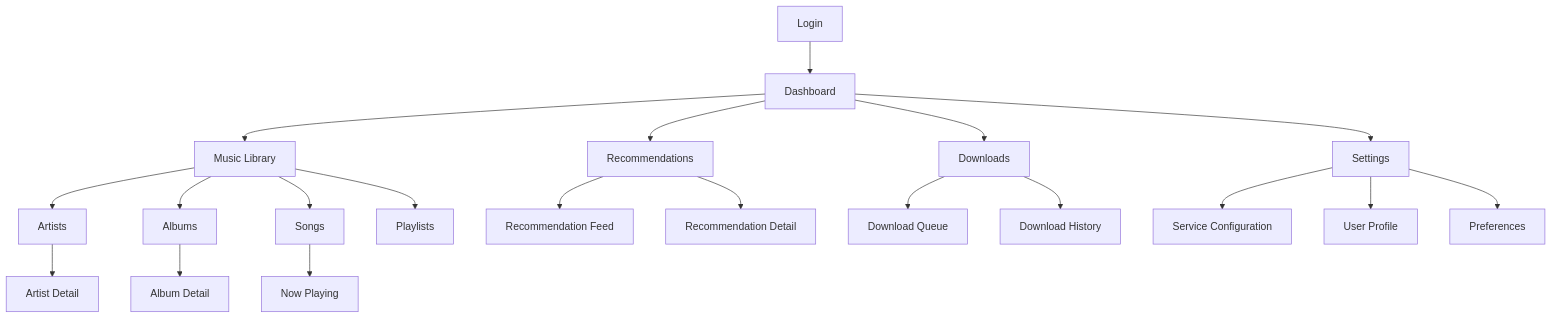
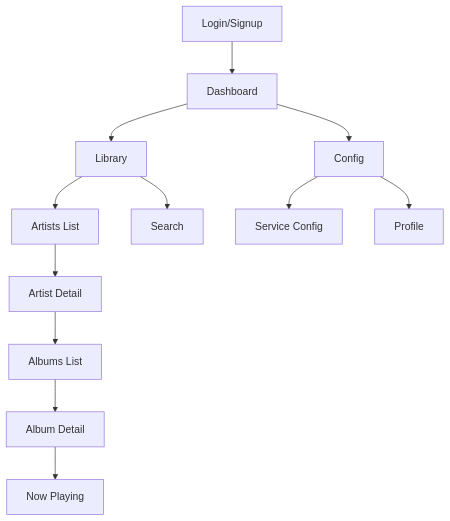
The first of 4 diagrams in docs/front-end-spec.md (lolimmlost/aidj), drawn with Mermaid before and after one commit. The commit also changed other lines of this file and 5 other files, not shown here.

````diff
--- a/docs/front-end-spec.md
+++ b/docs/front-end-spec.md
@@ -36,22 +36,14 @@
 ```mermaid
 graph TD
-    A[Login] --> B[Dashboard]
-    B --> C[Music Library]
-    B --> D[Recommendations]
-    B --> E[Downloads]
-    B --> F[Settings]
-    C --> C1[Artists]
-    C --> C2[Albums]
-    C --> C3[Songs]
-    C --> C4[Playlists]
+    A[Login/Signup] --> B[Dashboard]
+    B --> C[Library]
+    B --> F[Config]
+    C --> C1[Artists List]
+    C --> C2[Search]
     C1 --> C11[Artist Detail]
-    C2 --> C21[Album Detail]
-    C3 --> C31[Now Playing]
-    D --> D1[Recommendation Feed]
-    D --> D2[Recommendation Detail]
-    E --> E1[Download Queue]
-    E --> E2[Download History]
-    F --> F1[Service Configuration]
-    F --> F2[User Profile]
-    F --> F3[Preferences]
+    C11 --> C12[Albums List]
+    C12 --> C13[Album Detail]
+    C13 --> C14[Now Playing]
+    F --> F1[Service Config]
+    F --> F2[Profile]
 ```
````
